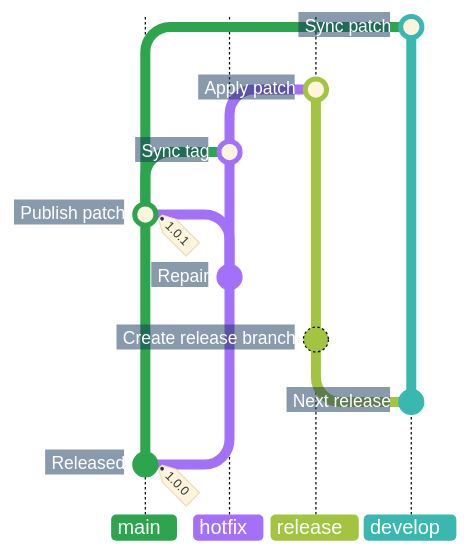
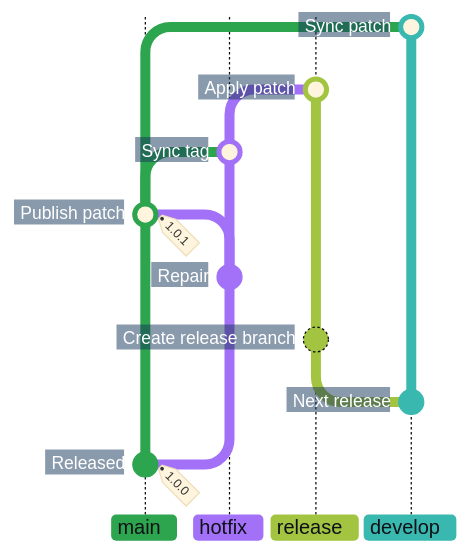
One commit to superhero/operations.superduper.solutions changed the third of 3 diagrams in docs/adr/cicd.md. Above: the diagram before and after it, drawn with Mermaid. The commit also changed other lines of this file, not shown here.

Commit message:
docs: restore dark Git graph branch labels

````diff
--- a/docs/adr/cicd.md
+++ b/docs/adr/cicd.md
@@ -133,29 +133,29 @@
 ```mermaid
 %%{init: {"theme": "base", "themeCSS": ".branchLabel { font-weight: 700; } .branchLabelBkg { clip-path: inset(0 8px 0 0 round 4px) fill-box; } .commit-labels g:last-of-type { visibility: hidden; } .commit-label { font-weight: 700; transform: translateX(-8px); } .commit-label-bkg { opacity: 1; stroke: #17365D; stroke-width: 20px; transform: translateX(-5px); clip-path: polygon(-4px -4px, calc(100% + 4px) -4px, calc(100% + 10px) 50%, calc(100% + 4px) calc(100% + 4px), -4px calc(100% + 4px)) fill-box; }", "gitGraph": {"showCommitLabel": true, "rotateCommitLabel": false}, "themeVariables": {
     "commitLabelFontSize": "14px", "commitLabelColor": "#FFFFFF", "commitLabelBackground": "#17365D",
-    "git0": "#2DA44E", "gitBranchLabel0": "#FFFFFF",
-    "git1": "#A371F7", "gitBranchLabel1": "#FFFFFF",
-    "git2": "#A3C441", "gitBranchLabel2": "#FFFFFF",
-    "git3": "#39B8B0", "gitBranchLabel3": "#FFFFFF"
+    "git0": "#2DA44E", "gitBranchLabel0": "#0D1117",
+    "git1": "#A371F7", "gitBranchLabel1": "#0D1117",
+    "git2": "#A3C441", "gitBranchLabel2": "#0D1117",
+    "git3": "#39B8B0", "gitBranchLabel3": "#0D1117"
 }}}%%
 gitGraph BT:
     %% In BT order, the initial commit note is the last label group; its tag stays visible.
     branch develop order: 3
     checkout main
     commit id: "Released" tag: "1.0.0"
     checkout develop
     commit id: "Next release"
     branch "release" order: 2
     commit id: "Create release branch"
     checkout main
     branch "hotfix" order: 1
     commit id: "Repair"
     checkout main
     merge "hotfix" id: "Publish patch" tag: "1.0.1"
     checkout "hotfix"
     merge main id: "Sync tag"
     checkout "release"
     merge "hotfix" id: "Apply patch"
     checkout develop
     merge main id: "Sync patch"
 ```
````
